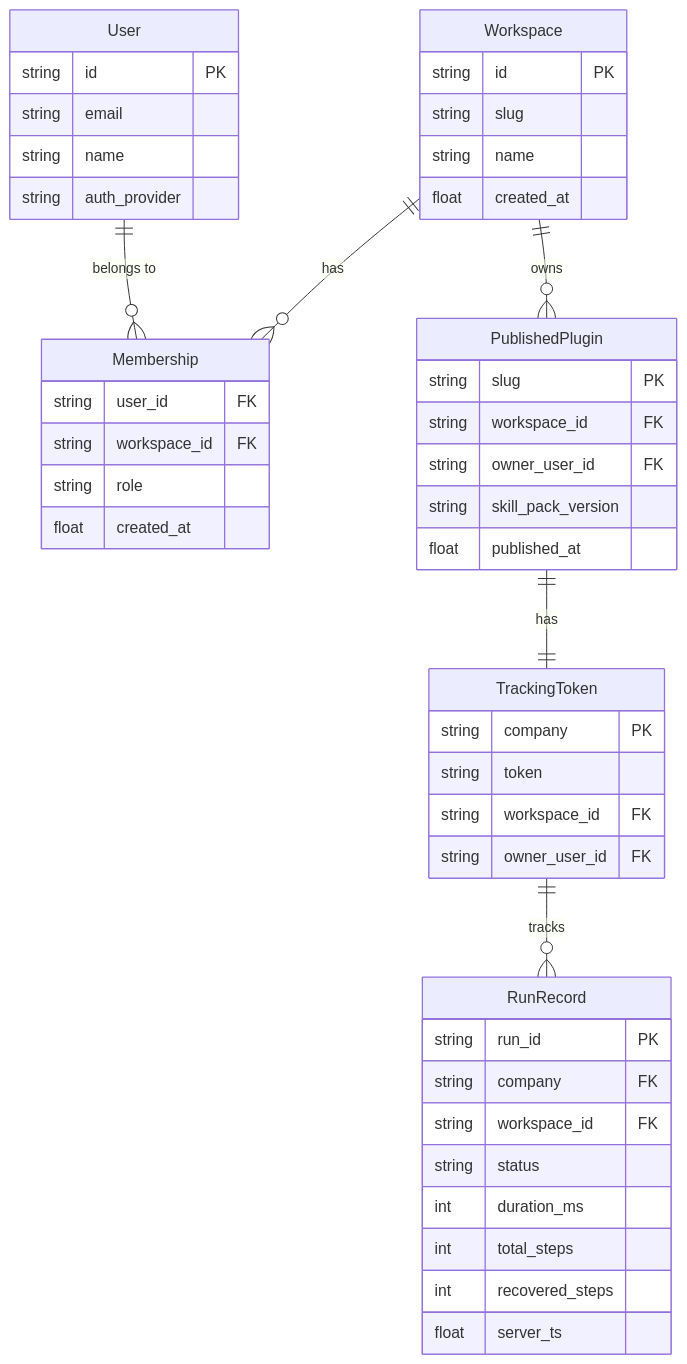
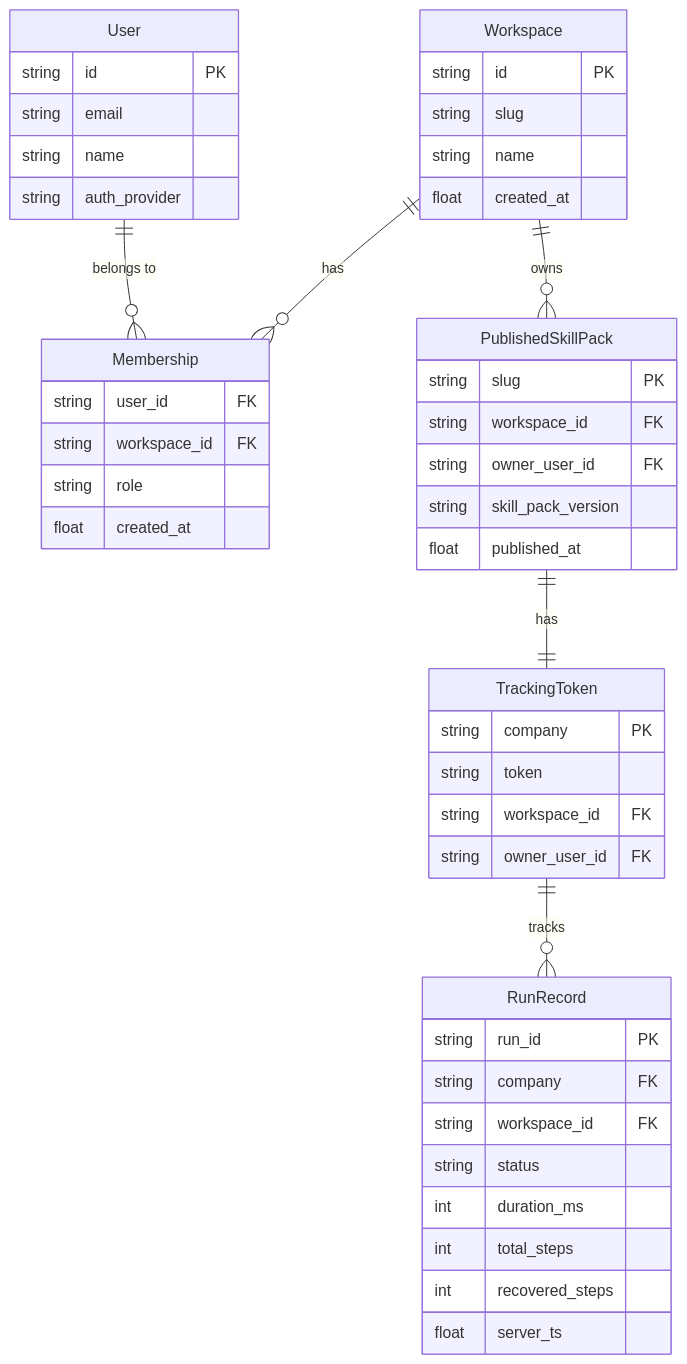
One commit to Cannonbold2412/CONXA changed the third of 3 diagrams in docs/Backend-Schema.md. Above: the diagram before and after it, drawn with Mermaid. The commit also changed other lines of this file and 8 other files, not shown here.

First line of the commit message:
docs: update TRD/PRD/Backend-Schema/UI-UX-Brief for Workflow/SkillPack and pricing ladder

````diff
--- a/docs/Backend-Schema.md
+++ b/docs/Backend-Schema.md
@@ -1272,50 +1329,50 @@
 ```mermaid
 erDiagram
     Workspace {
         string id PK
         string slug
         string name
         float created_at
     }
     User {
         string id PK
         string email
         string name
         string auth_provider
     }
     Membership {
         string user_id FK
         string workspace_id FK
         string role
         float created_at
     }
-    PublishedPlugin {
+    PublishedSkillPack {
         string slug PK
         string workspace_id FK
         string owner_user_id FK
         string skill_pack_version
         float published_at
     }
     TrackingToken {
         string company PK
         string token
         string workspace_id FK
         string owner_user_id FK
     }
     RunRecord {
         string run_id PK
         string company FK
         string workspace_id FK
         string status
         int duration_ms
         int total_steps
         int recovered_steps
         float server_ts
     }
 
     Workspace ||--o{ Membership : "has"
     User ||--o{ Membership : "belongs to"
-    Workspace ||--o{ PublishedPlugin : "owns"
-    PublishedPlugin ||--|| TrackingToken : "has"
+    Workspace ||--o{ PublishedSkillPack : "owns"
+    PublishedSkillPack ||--|| TrackingToken : "has"
     TrackingToken ||--o{ RunRecord : "tracks"
 ```
````
